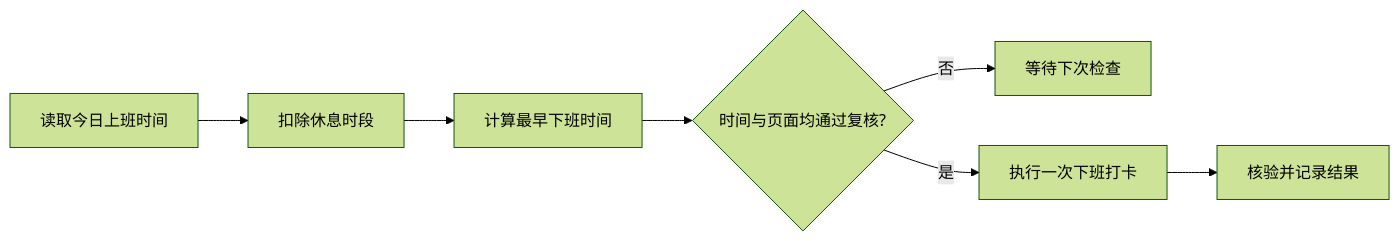
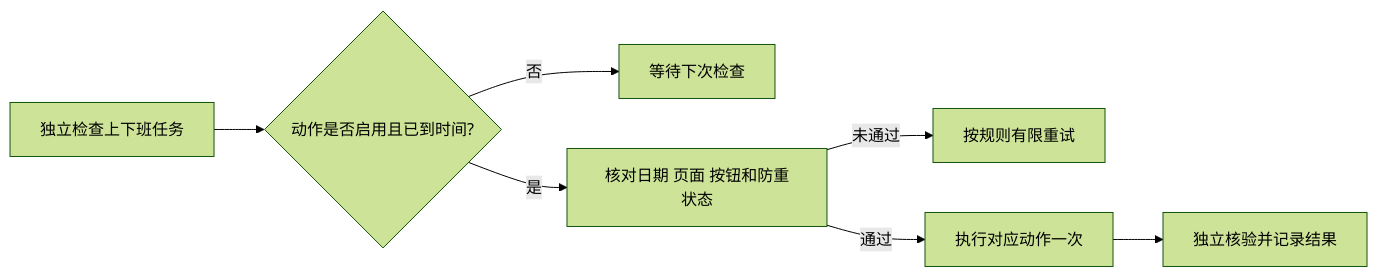
One commit to Liu8Can/feishu-auto-task changed the diagram in README.md. Above: the diagram before and after it, drawn with Mermaid (forest theme). The commit also changed other lines of this file and 8 other files, not shown here.

````diff
--- a/README.md
+++ b/README.md
@@ -46,9 +49,9 @@
 ```mermaid
 flowchart LR
-    A[读取今日上班时间] --> B[扣除休息时段]
-    B --> C[计算最早下班时间]
-    C --> D{时间与页面均通过复核?}
-    D -- 否 --> E[等待下次检查]
-    D -- 是 --> F[执行一次下班打卡]
-    F --> G[核验并记录结果]
+    A[独立检查上下班任务] --> B{动作是否启用且已到时间?}
+    B -- 否 --> C[等待下次检查]
+    B -- 是 --> D[核对日期 页面 按钮和防重状态]
+    D -- 未通过 --> E[按规则有限重试]
+    D -- 通过 --> F[执行对应动作一次]
+    F --> G[独立核验并记录结果]
 ```
````
